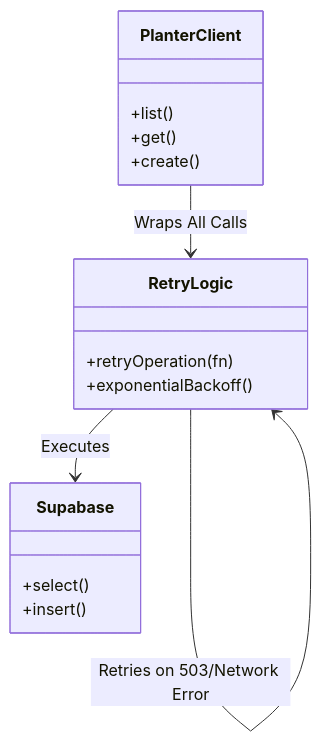
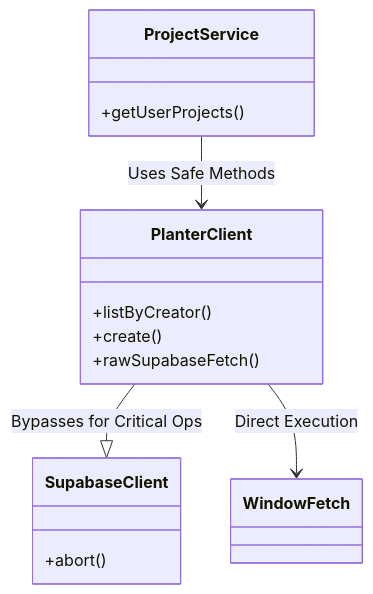
One commit to JoelA510/PlanterPlan-Alpha changed the first of 4 diagrams in PR_DESCRIPTION_DRAFT.md. Above: the diagram before and after it, drawn with Mermaid. The commit also changed other lines of this file and 25 other files, not shown here.

````diff
--- a/PR_DESCRIPTION_DRAFT.md
+++ b/PR_DESCRIPTION_DRAFT.md
@@ -39,20 +39,18 @@
 ```mermaid
 classDiagram
-    class Supabase {
-        +select()
-        +insert()
+    class SupabaseClient {
+        +abort()
     }
     class PlanterClient {
-        +list()
-        +get()
+        +listByCreator()
         +create()
+        +rawSupabaseFetch()
     }
-    class RetryLogic {
-        +retryOperation(fn)
-        +exponentialBackoff()
+    class ProjectService {
+        +getUserProjects()
     }
 
-    PlanterClient --> RetryLogic : Wraps All Calls
-    RetryLogic --> Supabase : Executes
-    RetryLogic --> RetryLogic : Retries on 503/Network Error
+    PlanterClient --|> SupabaseClient : Bypasses for Critical Ops
+    ProjectService --> PlanterClient : Uses Safe Methods
+    PlanterClient --> WindowFetch : Direct Execution
 ```
````
